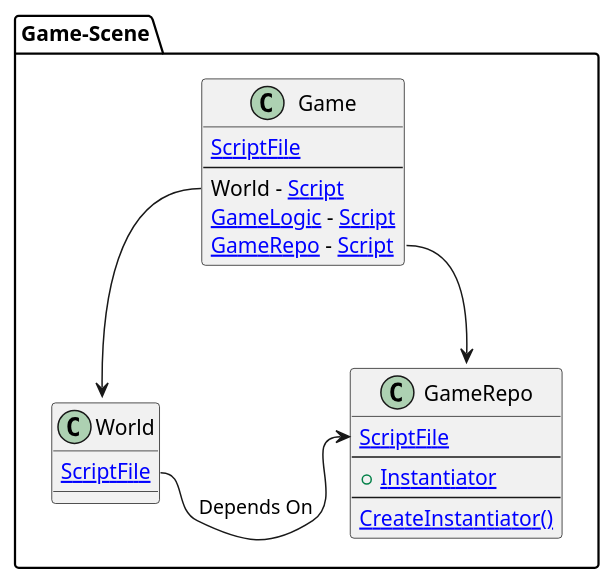
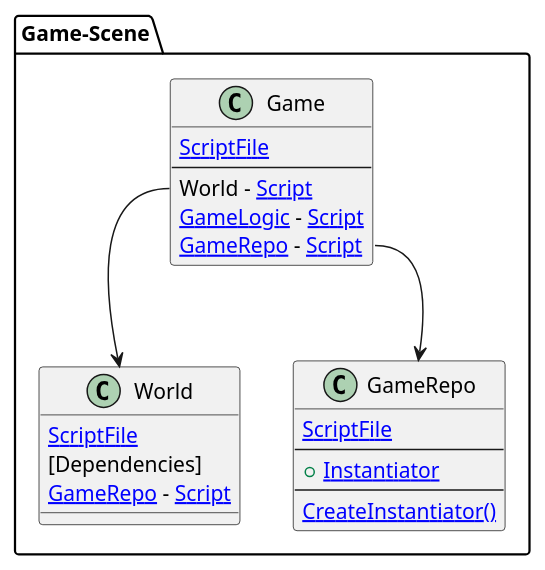
Before and after one commit to chickensoft-games/UMLGenerator: the diagram in src/Chickensoft.UMLGenerator.Tests/Snapshots/HasDependency_Game.verified.puml, drawn with PlantUML. The commit also changed 2 other files, not shown here.

```diff
--- a/src/Chickensoft.UMLGenerator.Tests/Snapshots/HasDependency_Game.verified.puml
+++ b/src/Chickensoft.UMLGenerator.Tests/Snapshots/HasDependency_Game.verified.puml
@@ -1,32 +1,33 @@
 @startuml
 
 package Game-Scene [[../../TestCases/HasDependency/Game.tscn]] {
 	
 class Game  {
 	[[../../Game/Game.cs ScriptFile]]
 --
 World - [[../../World/World.cs Script]]
 	[[../../Game/Game.cs:22 GameLogic]] - [[../../TestCases/HasDependency/Logic/GameLogic.cs Script]]
 	[[../../Game/Game.cs:21 GameRepo]] - [[../../TestCases/HasDependency/Domain/GameRepo.cs Script]]
 }
 
 	
 class World  {
 	[[../../World/World.cs ScriptFile]]
+	[Dependencies]
+	[[../../World/World.cs:19 GameRepo]] - [[../../TestCases/HasDependency/Domain/GameRepo.cs Script]]
 }
 
 	
 class GameRepo  {
 	[[../../TestCases/HasDependency/Domain/GameRepo.cs ScriptFile]]
 --
 + [[../../TestCases/HasDependency/Domain/GameRepo.cs:15 Instantiator]]
 --
 [[../../TestCases/HasDependency/Domain/GameRepo.cs:17 CreateInstantiator()]]
 }
 
 	Game::World --> World
 	Game::GameRepo --> GameRepo
-	World::ScriptFile -> GameRepo::ScriptFile : "Depends On"
 }
 
 @enduml
```
